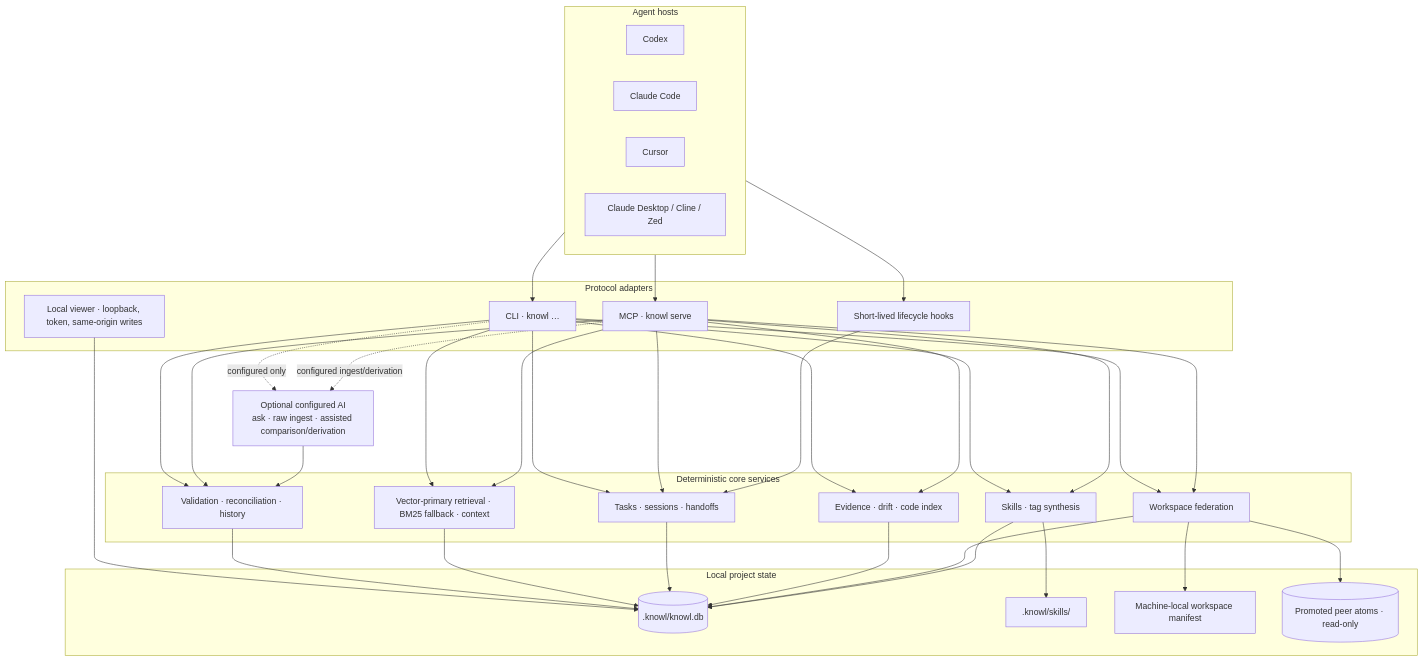
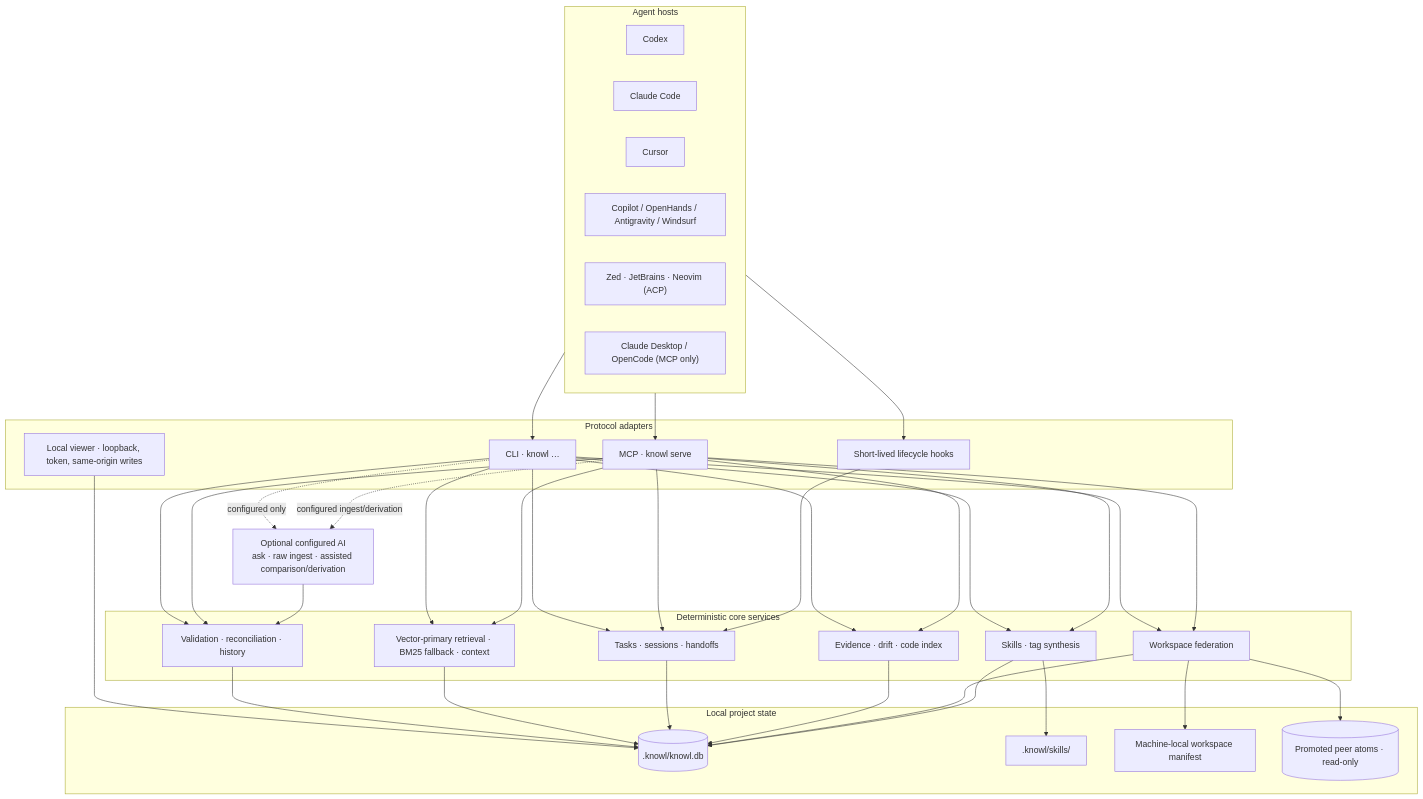
One commit to dat999zx/knowl changed the diagram in docs/reference.md. Above: the diagram before and after it, drawn with Mermaid. The commit also changed other lines of this file and 3 other files, not shown here.

````diff
--- a/docs/reference.md
+++ b/docs/reference.md
@@ -1474,64 +1474,66 @@
 ```mermaid
 flowchart TB
     subgraph hosts["Agent hosts"]
         H1["Codex"]
         H2["Claude Code"]
         H3["Cursor"]
-        H4["Claude Desktop / Cline / Zed"]
+        H4["Copilot / OpenHands / Antigravity / Windsurf"]
+        H5["Zed · JetBrains · Neovim (ACP)"]
+        H6["Claude Desktop / OpenCode (MCP only)"]
     end
 
     subgraph adapters["Protocol adapters"]
         CLI["CLI · knowl …"]
         MCP["MCP · knowl serve"]
         HOOK["Short-lived lifecycle hooks"]
         VIEW["Local viewer · loopback, token, same-origin writes"]
     end
 
     subgraph core["Deterministic core services"]
         GOV["Validation · reconciliation · history"]
         RET["Vector-primary retrieval · BM25 fallback · context"]
         LIFE["Tasks · sessions · handoffs"]
         EVID["Evidence · drift · code index"]
         WS["Workspace federation"]
         SYN["Skills · tag synthesis"]
     end
 
     subgraph local["Local project state"]
         DB[(" .knowl/knowl.db ")]
         SK[".knowl/skills/"]
         MAN["Machine-local workspace manifest"]
         PEER[("Promoted peer atoms · read-only")]
     end
 
     AI["Optional configured AI<br/>ask · raw ingest · assisted comparison/derivation"]
 
     hosts --> CLI
     hosts --> MCP
     hosts --> HOOK
     CLI --> GOV
     CLI --> RET
     CLI --> LIFE
     CLI --> EVID
     CLI --> WS
     CLI --> SYN
     MCP --> GOV
     MCP --> RET
     MCP --> LIFE
     MCP --> EVID
     MCP --> WS
     MCP --> SYN
     HOOK --> LIFE
     VIEW --> DB
     GOV --> DB
     RET --> DB
     LIFE --> DB
     EVID --> DB
     WS --> DB
     SYN --> DB
     SYN --> SK
     WS --> MAN
     WS --> PEER
     CLI -. configured only .-> AI
     MCP -. configured ingest/derivation .-> AI
     AI --> GOV
 ```
````
